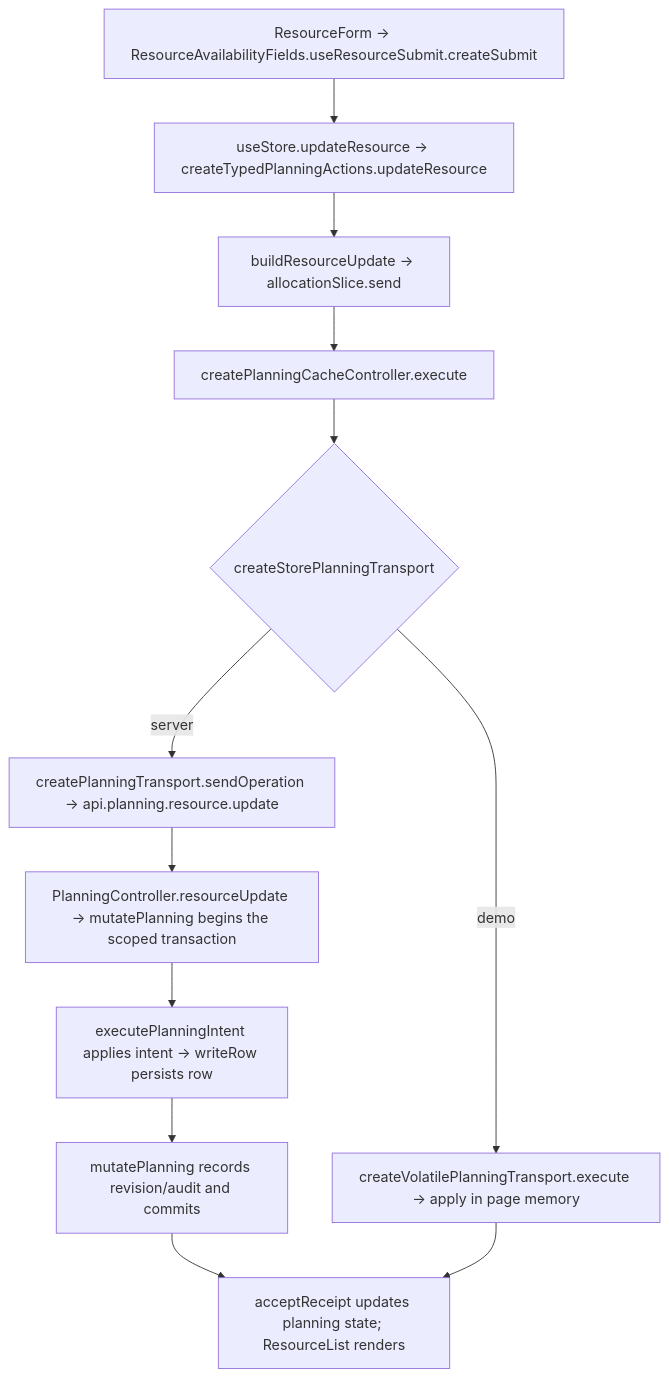
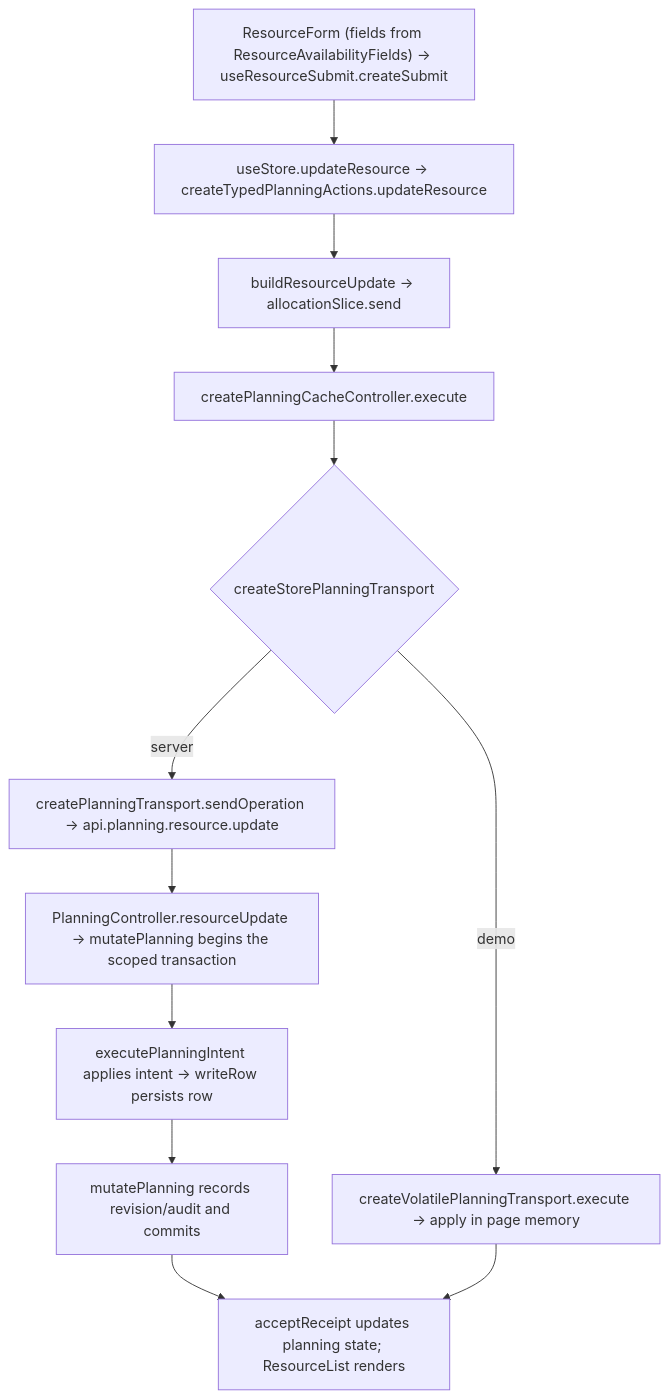
One commit to Kevinjohn/capacitylens changed the second of 2 diagrams in user-stories/resources/US-RES-05-working-days.md. Above: the diagram before and after it, drawn with Mermaid. The commit also changed other lines of this file and 119 other files, not shown here.

First line of the commit message:
docs: correct story text and flow diagrams against current source

````diff
--- a/user-stories/resources/US-RES-05-working-days.md
+++ b/user-stories/resources/US-RES-05-working-days.md
@@ -33,9 +33,9 @@
 ```mermaid
 flowchart TD
-  A["ResourceForm → ResourceAvailabilityFields.useResourceSubmit.createSubmit"] --> B["useStore.updateResource → createTypedPlanningActions.updateResource"]
+  A["ResourceForm (fields from ResourceAvailabilityFields) → useResourceSubmit.createSubmit"] --> B["useStore.updateResource → createTypedPlanningActions.updateResource"]
   B --> C["buildResourceUpdate → allocationSlice.send"]
   C --> D["createPlanningCacheController.execute"] --> E{"createStorePlanningTransport"}
   E -->|server| F["createPlanningTransport.sendOperation → api.planning.resource.update"] --> G["PlanningController.resourceUpdate → mutatePlanning begins the scoped transaction"]
   G --> H["executePlanningIntent applies intent → writeRow persists row"] --> K["mutatePlanning records revision/audit and commits"] --> J["acceptReceipt updates planning state; ResourceList renders"]
   E -->|demo| I["createVolatilePlanningTransport.execute → apply in page memory"] --> J
 ```
````
